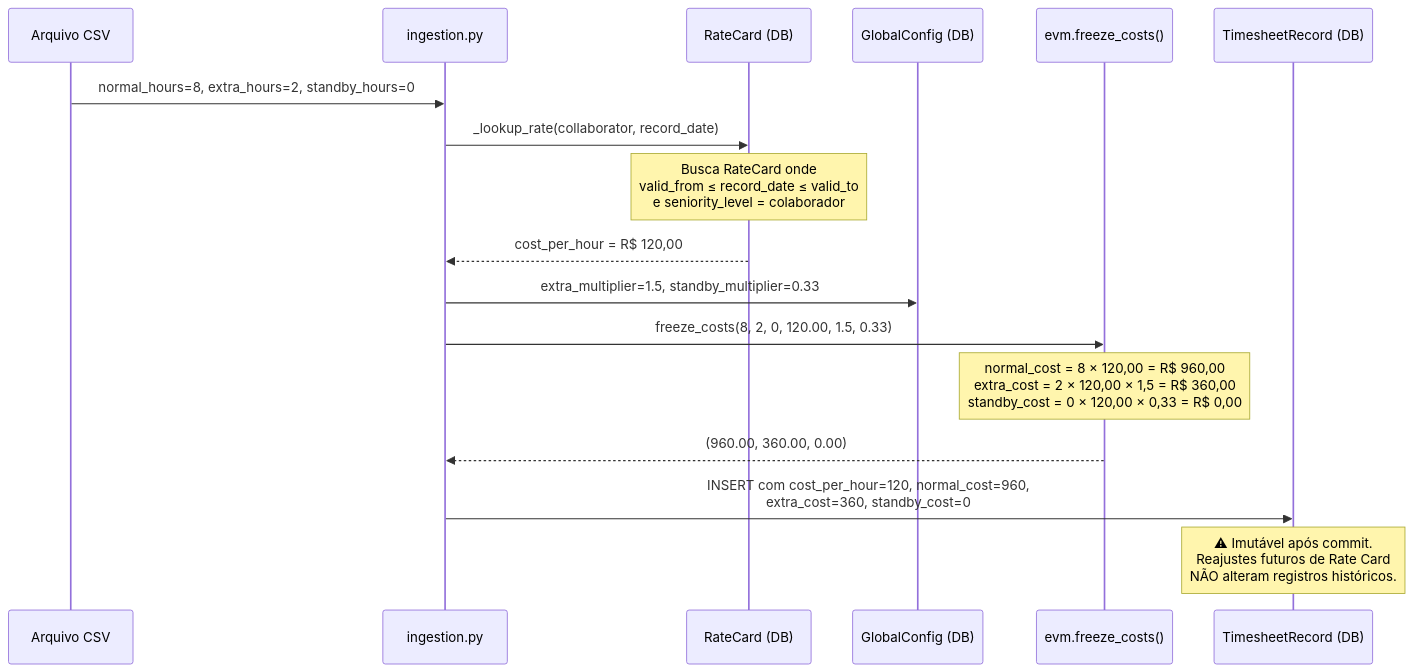
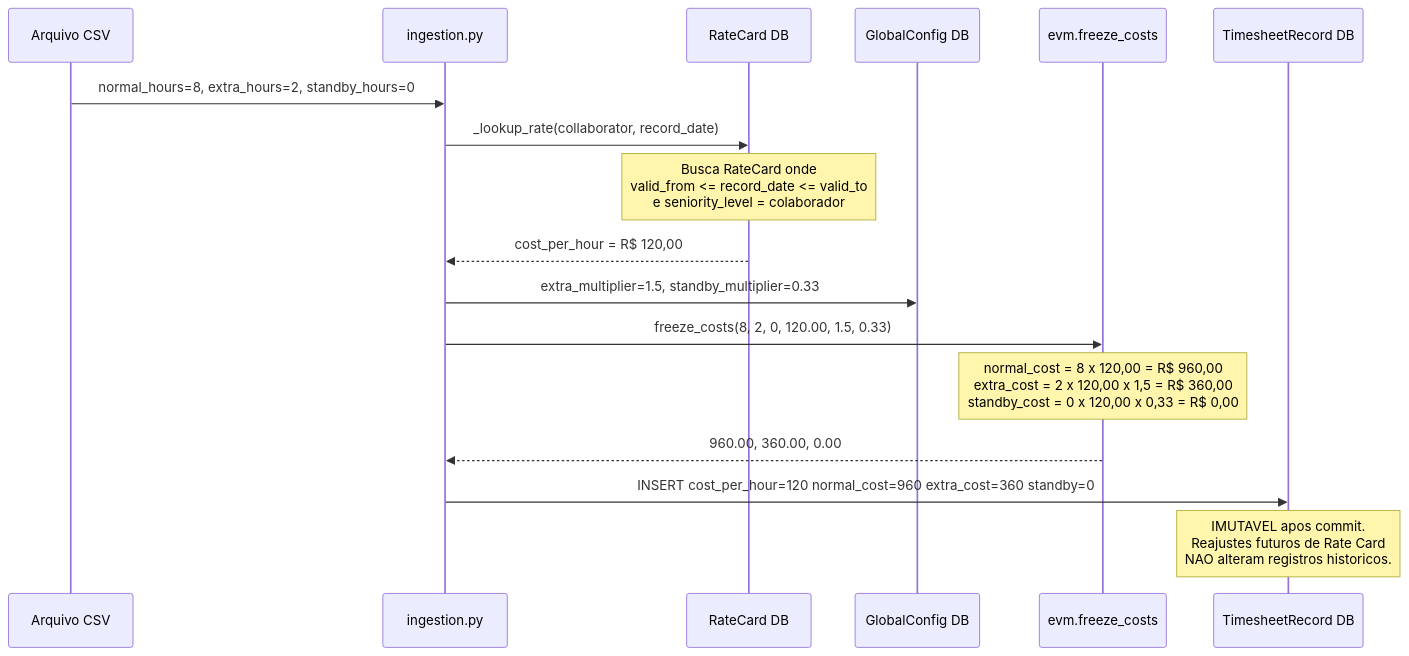
The fifth of 12 diagrams in README.md (RtaSistemas/PMAS), drawn with Mermaid before and after one commit. The commit also changed other lines of this file, not shown here.

First line of the commit message:
fix(readme): repair all 12 Mermaid diagrams for GitHub rendering

````diff
--- a/README.md
+++ b/README.md
@@ -495,21 +495,21 @@
 ```mermaid
 sequenceDiagram
     participant CSV as Arquivo CSV
     participant ING as ingestion.py
-    participant DB_RC as RateCard (DB)
-    participant DB_CFG as GlobalConfig (DB)
-    participant EVM as evm.freeze_costs()
-    participant DB_TR as TimesheetRecord (DB)
+    participant DB_RC as RateCard DB
+    participant DB_CFG as GlobalConfig DB
+    participant EVM as evm.freeze_costs
+    participant DB_TR as TimesheetRecord DB
 
     CSV->>ING: normal_hours=8, extra_hours=2, standby_hours=0
     ING->>DB_RC: _lookup_rate(collaborator, record_date)
-    Note over DB_RC: Busca RateCard onde<br/>valid_from ≤ record_date ≤ valid_to<br/>e seniority_level = colaborador
+    Note over DB_RC: Busca RateCard onde<br/>valid_from <= record_date <= valid_to<br/>e seniority_level = colaborador
     DB_RC-->>ING: cost_per_hour = R$ 120,00
     ING->>DB_CFG: extra_multiplier=1.5, standby_multiplier=0.33
     ING->>EVM: freeze_costs(8, 2, 0, 120.00, 1.5, 0.33)
-    Note over EVM: normal_cost  = 8 × 120,00 = R$ 960,00<br/>extra_cost   = 2 × 120,00 × 1,5 = R$ 360,00<br/>standby_cost = 0 × 120,00 × 0,33 = R$ 0,00
-    EVM-->>ING: (960.00, 360.00, 0.00)
-    ING->>DB_TR: INSERT com cost_per_hour=120, normal_cost=960,<br/>extra_cost=360, standby_cost=0
+    Note over EVM: normal_cost  = 8 x 120,00 = R$ 960,00<br/>extra_cost   = 2 x 120,00 x 1,5 = R$ 360,00<br/>standby_cost = 0 x 120,00 x 0,33 = R$ 0,00
+    EVM-->>ING: 960.00, 360.00, 0.00
+    ING->>DB_TR: INSERT cost_per_hour=120 normal_cost=960 extra_cost=360 standby=0
 
-    Note over DB_TR: ⚠ Imutável após commit.<br/>Reajustes futuros de Rate Card<br/>NÃO alteram registros históricos.
+    Note over DB_TR: IMUTAVEL apos commit.<br/>Reajustes futuros de Rate Card<br/>NAO alteram registros historicos.
 ```
````
